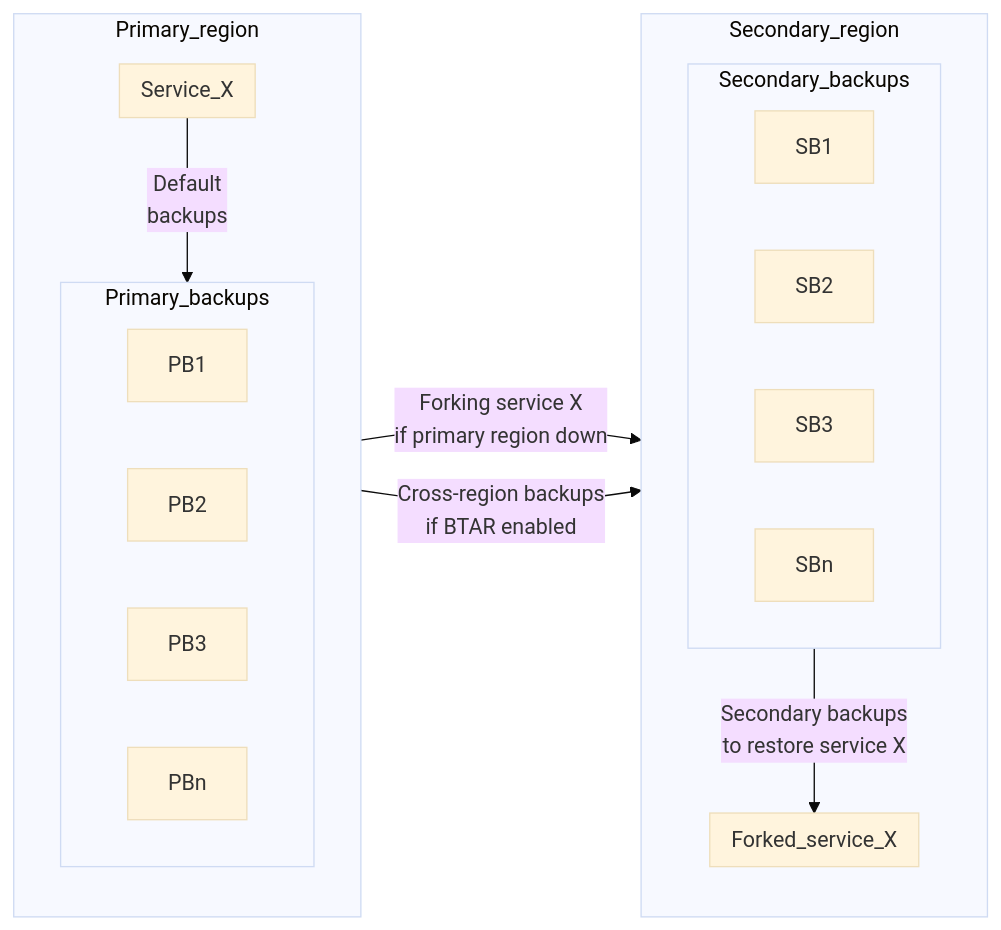
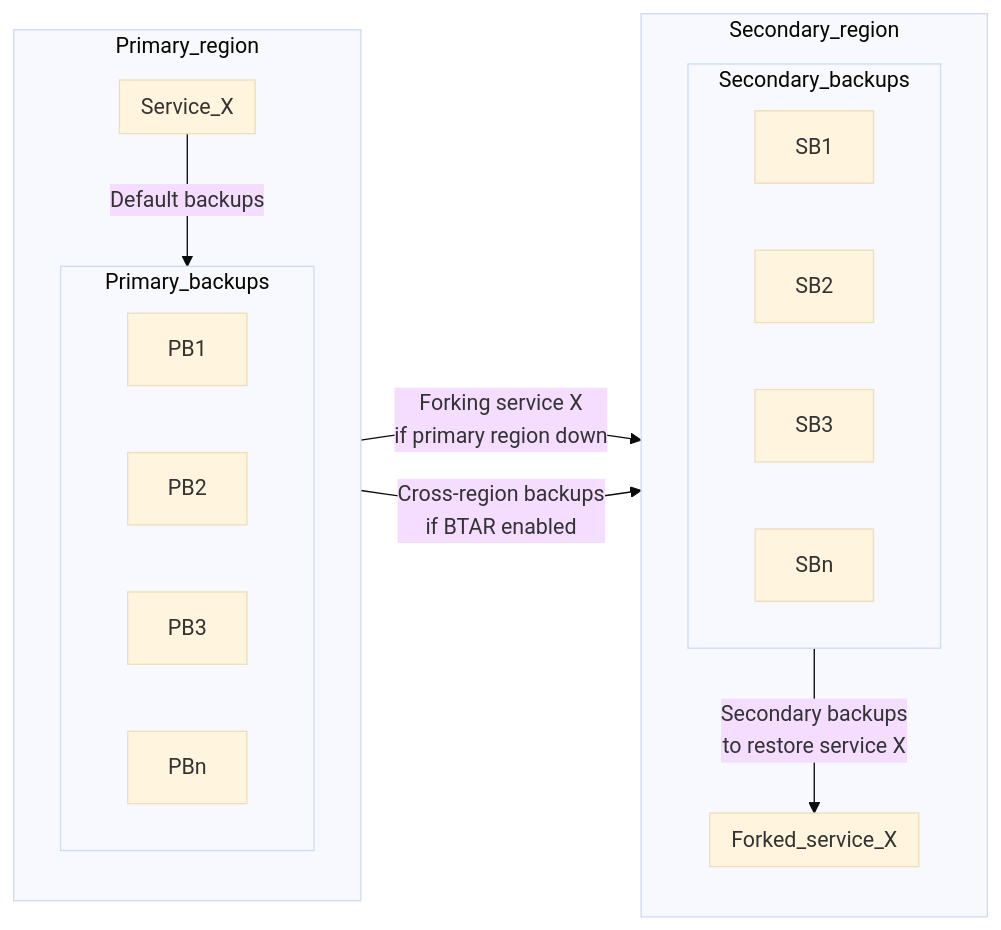
Before and after one commit to aiven/aiven-docs: the first of 2 diagrams in docs/platform/concepts/backup-to-another-region.md, drawn with Mermaid (base theme). The commit also changed other lines of this file, not shown here.

Commit message:
opensearch btar

````diff
--- a/docs/platform/concepts/backup-to-another-region.md
+++ b/docs/platform/concepts/backup-to-another-region.md
@@ -43,31 +79,31 @@
 ```mermaid
 flowchart LR
     subgraph Primary_region
         direction TB
         subgraph Service_X
             end
         subgraph Primary_backups
             direction LR
             PB1
             PB2
             PB3
             PBn
             end
         end
     subgraph Secondary_region
         direction TB
         subgraph Forked_service_X
             end
         subgraph Secondary_backups
             direction LR
             SB1
             SB2
             SB3
             SBn
             end
         end
-    Service_X -- Default \n backups --> Primary_backups
-    Primary_backups -- Cross-region backups \n if BTAR  enabled --> Secondary_backups
-    Secondary_backups -- Secondary backups \n to restore service X --> Forked_service_X
-    Service_X -- Forking service X \n if primary region down --> Forked_service_X
+    Service_X -- Default backups --> Primary_backups
+    Primary_backups -- Cross-region backups<br/>if BTAR  enabled --> Secondary_backups
+    Secondary_backups -- Secondary backups<br/>to restore service X --> Forked_service_X
+    Service_X -- Forking service X<br/>if primary region down --> Forked_service_X
 ```
````
